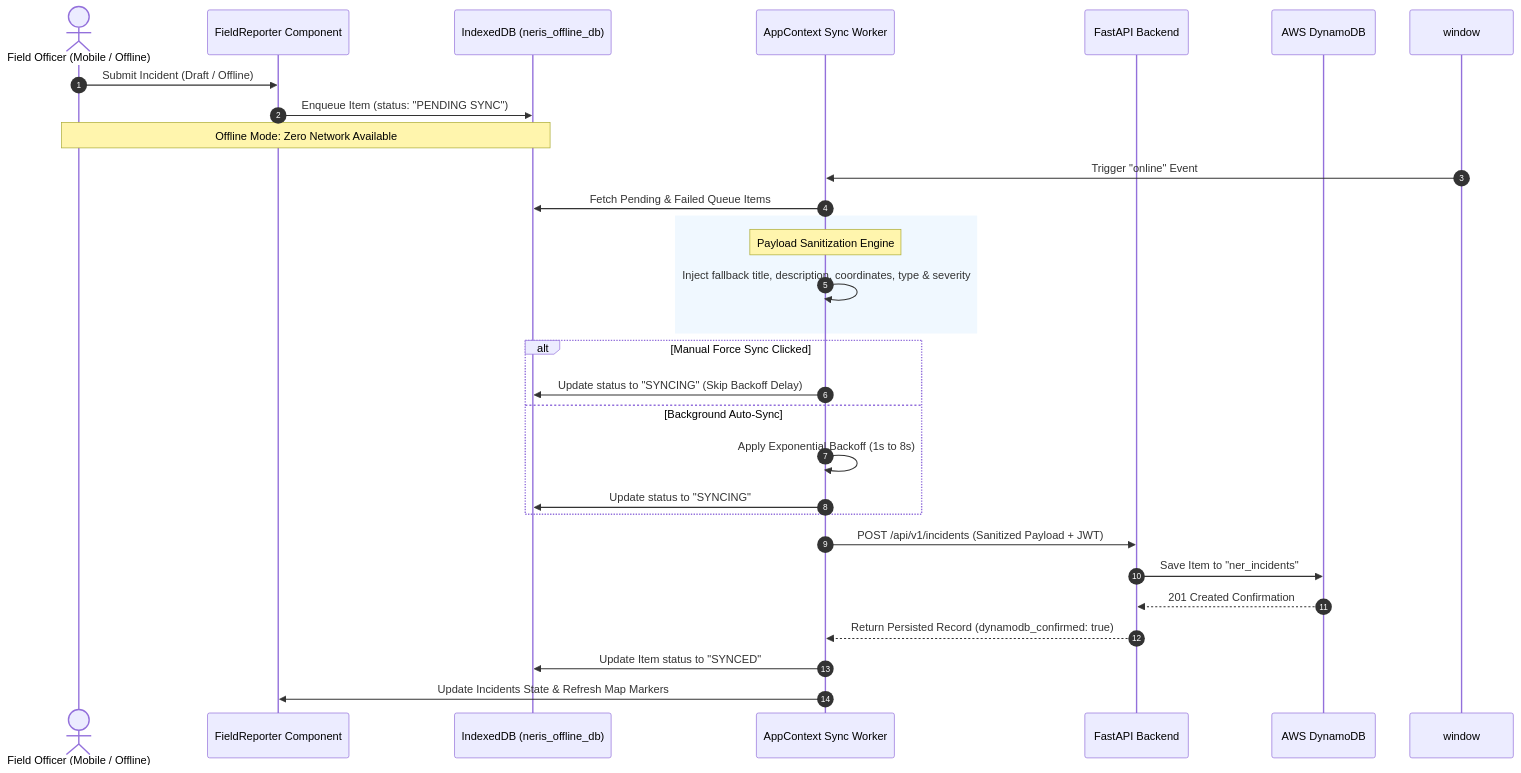
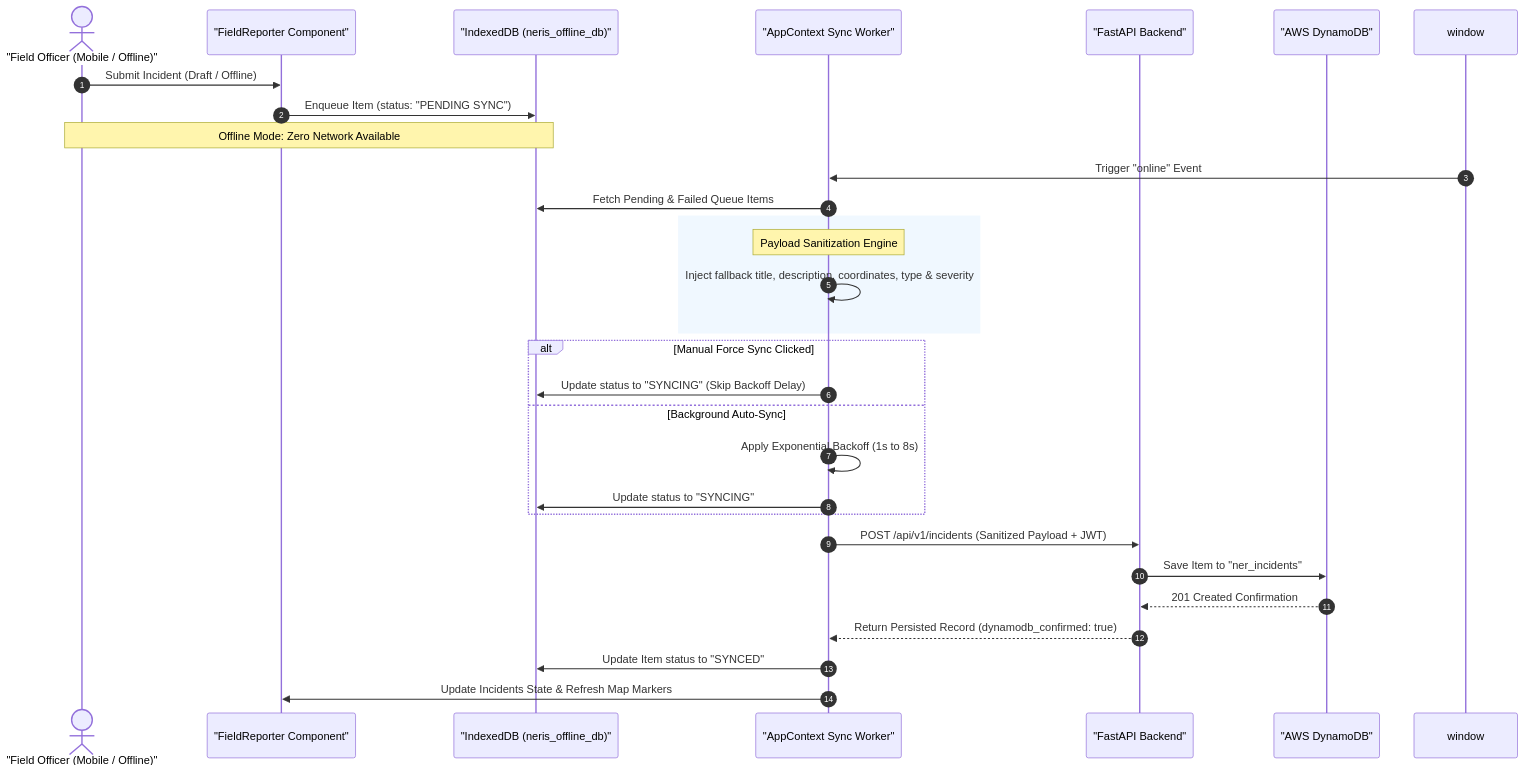
The second of 7 diagrams in DOCUMENTATION.md (Hritik983567-Art/NERIS), drawn with Mermaid before and after one commit. The commit also changed other lines of this file and 1 other file, not shown here.

Commit message:
fix(docs): quote all sequence diagram participant aliases in ARCHITECTURE.md and DOCUMENTATION.md

````diff
--- a/DOCUMENTATION.md
+++ b/DOCUMENTATION.md
@@ -73,37 +73,37 @@
 ```mermaid
 sequenceDiagram
     autonumber
-    actor Officer as Field Officer (Mobile / Offline)
-    participant UI as FieldReporter Component
-    participant IDB as IndexedDB (neris_offline_db)
-    participant Sync as AppContext Sync Worker
-    participant API as FastAPI Backend
-    participant DDB as AWS DynamoDB
+    actor Officer as "Field Officer (Mobile / Offline)"
+    participant UI as "FieldReporter Component"
+    participant IDB as "IndexedDB (neris_offline_db)"
+    participant Sync as "AppContext Sync Worker"
+    participant API as "FastAPI Backend"
+    participant DDB as "AWS DynamoDB"
 
     Officer->>UI: Submit Incident (Draft / Offline)
     UI->>IDB: Enqueue Item (status: "PENDING SYNC")
     Note over Officer,IDB: Offline Mode: Zero Network Available
 
     window->>Sync: Trigger "online" Event
     Sync->>IDB: Fetch Pending & Failed Queue Items
     
     rect rgb(240, 248, 255)
         Note over Sync: Payload Sanitization Engine
         Sync->>Sync: Inject fallback title, description, coordinates, type & severity
     end
 
     alt Manual Force Sync Clicked
         Sync->>IDB: Update status to "SYNCING" (Skip Backoff Delay)
     else Background Auto-Sync
         Sync->>Sync: Apply Exponential Backoff (1s to 8s)
         Sync->>IDB: Update status to "SYNCING"
     end
 
     Sync->>API: POST /api/v1/incidents (Sanitized Payload + JWT)
     API->>DDB: Save Item to "ner_incidents"
     DDB-->>API: 201 Created Confirmation
     API-->>Sync: Return Persisted Record (dynamodb_confirmed: true)
 
     Sync->>IDB: Update Item status to "SYNCED"
     Sync->>UI: Update Incidents State & Refresh Map Markers
 ```
````
